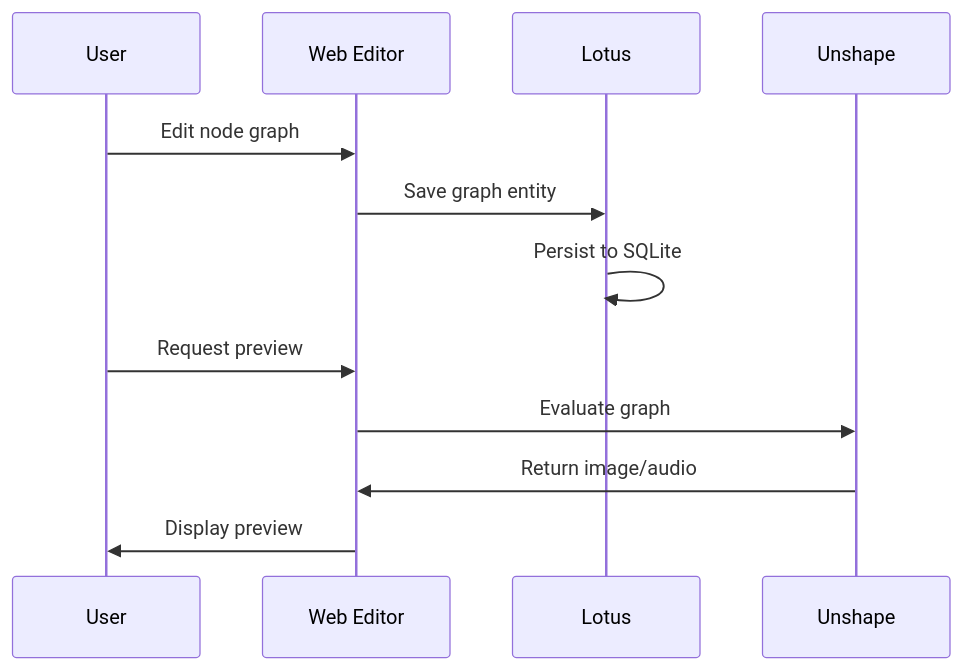
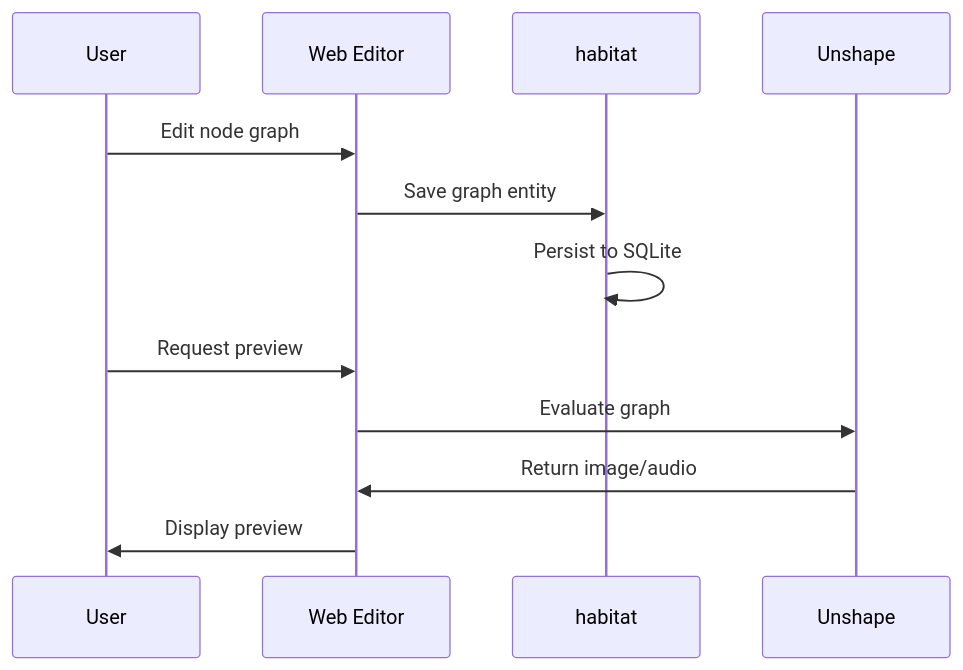
Before and after one commit to rhi-zone/rhi-zone.github.io: the second of 2 diagrams in docs/integration.md, drawn with Mermaid. The commit also changed other lines of this file and 20 other files, not shown here.

First line of the commit message:
docs: add project maturity status, rename Lotus→habitat

````diff
--- a/docs/integration.md
+++ b/docs/integration.md
@@ -100,15 +100,15 @@
 ```mermaid
 sequenceDiagram
     participant User
     participant Editor as Web Editor
-    participant Lotus
+    participant habitat
     participant Unshape
 
     User->>Editor: Edit node graph
-    Editor->>Lotus: Save graph entity
-    Lotus->>Lotus: Persist to SQLite
+    Editor->>habitat: Save graph entity
+    habitat->>habitat: Persist to SQLite
     User->>Editor: Request preview
     Editor->>Unshape: Evaluate graph
     Unshape->>Editor: Return image/audio
     Editor->>User: Display preview
 ```
````
